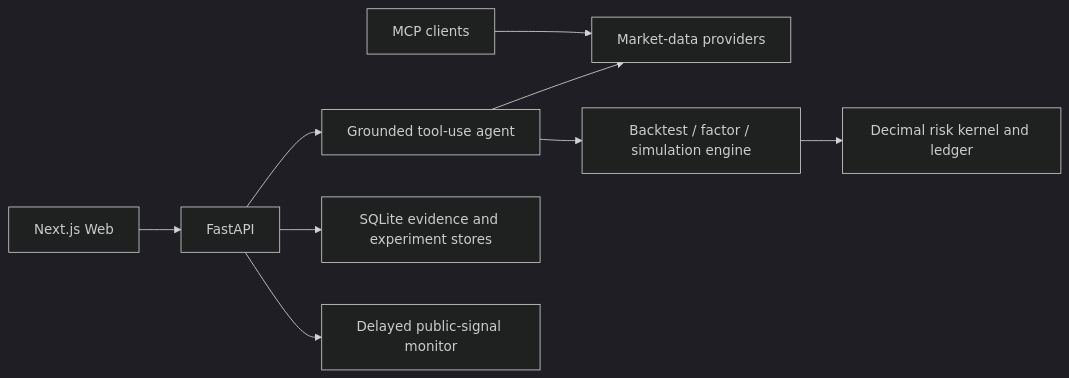
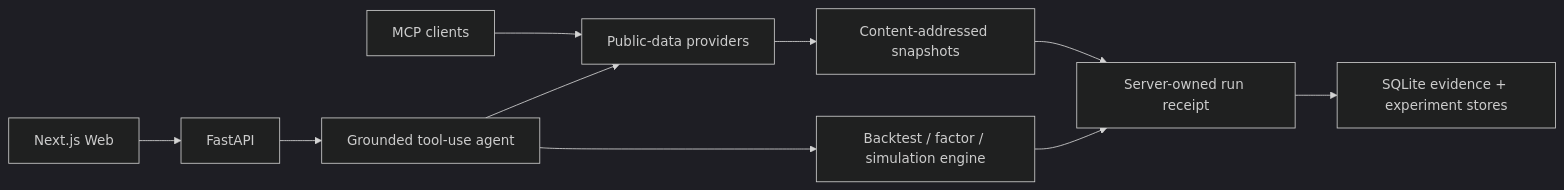
The diagram in README.md (RRXXZZYY/QuantSieve), drawn with Mermaid (dark theme) before and after one commit. The commit also changed other lines of this file and 7 other files, not shown here.

````diff
--- a/README.md
+++ b/README.md
@@ -117,11 +85,12 @@
 ```mermaid
 flowchart LR
     UI["Next.js Web"] --> API["FastAPI"]
-    MCP["MCP clients"] --> PROVIDERS["Market-data providers"]
+    MCP["MCP clients"] --> PROVIDERS["Public-data providers"]
     API --> AGENT["Grounded tool-use agent"]
     AGENT --> PROVIDERS
     AGENT --> ENGINE["Backtest / factor / simulation engine"]
-    API --> STORE["SQLite evidence and experiment stores"]
-    API --> MONITOR["Delayed public-signal monitor"]
-    ENGINE --> RISK["Decimal risk kernel and ledger"]
+    PROVIDERS --> SNAPSHOT["Content-addressed snapshots"]
+    ENGINE --> RECEIPT["Server-owned run receipt"]
+    SNAPSHOT --> RECEIPT
+    RECEIPT --> STORE["SQLite evidence + experiment stores"]
 ```
````
